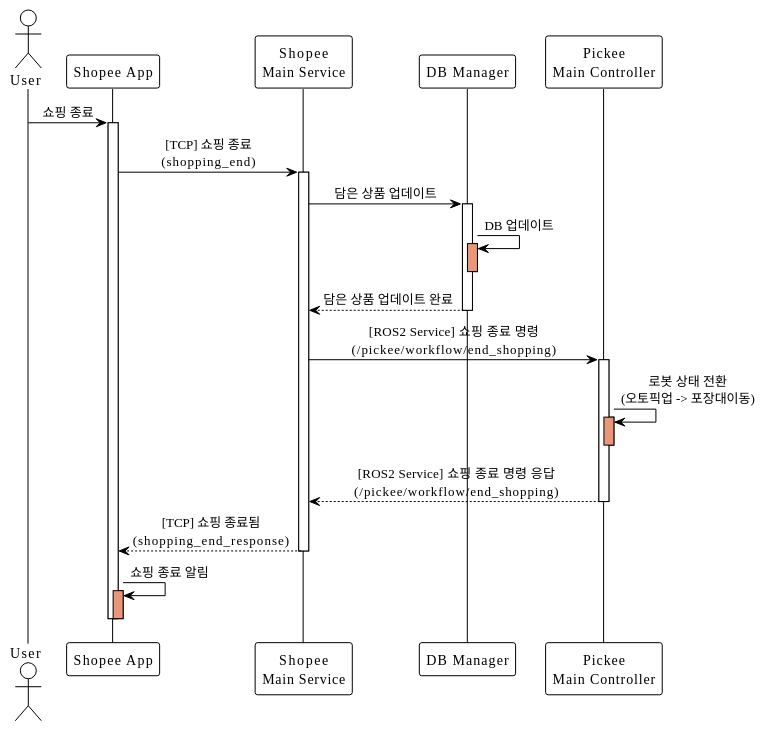
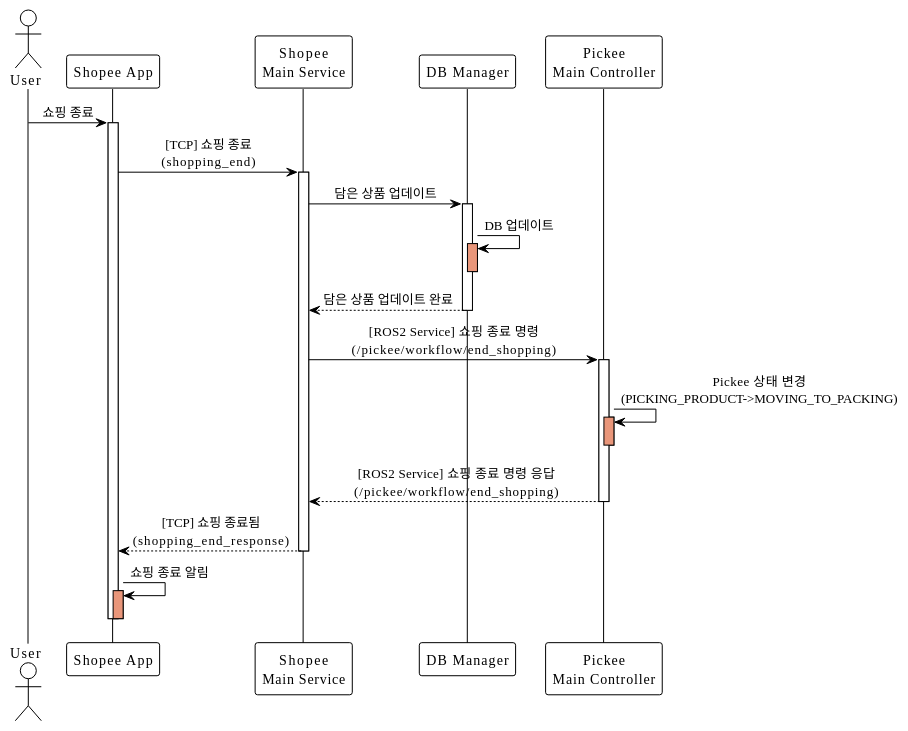
Before and after one commit to addinedu-roscamp-7th/roscamp-repo-1: the diagram in docs/SequenceDiagram/SC_02_5.md, drawn with PlantUML. The commit also changed 18 other files, not shown here.

```diff
--- a/docs/SequenceDiagram/SC_02_5.md
+++ b/docs/SequenceDiagram/SC_02_5.md
@@ -1,47 +1,47 @@
 @startuml SC_02_5
 !theme plain
 skinparam backgroundColor #FFFFFF
 skinparam sequenceMessageAlign center
 
 actor User as user
 participant "Shopee App" as app
 participant "Shopee\nMain Service" as main
 participant "DB Manager" as db
 participant "Pickee\nMain Controller" as pickee
 
 user -> app: 쇼핑 종료
 activate app
 
 app -> main: [TCP] 쇼핑 종료\n(shopping_end)
 activate main
 
 main -> db: 담은 상품 업데이트
 activate db
 
 db -> db: DB 업데이트
 activate db #DarkSalmon
 deactivate db
 
 db --> main: 담은 상품 업데이트 완료
 deactivate db
 
 main -> pickee: [ROS2 Service] 쇼핑 종료 명령\n(/pickee/workflow/end_shopping)
 activate pickee
 
-pickee -> pickee: 로봇 상태 전환\n(오토픽업 -> 포장대이동)
+pickee -> pickee: Pickee 상태 변경\n(PICKING_PRODUCT->MOVING_TO_PACKING)
 activate pickee #DarkSalmon
 deactivate pickee
 
 pickee --> main: [ROS2 Service] 쇼핑 종료 명령 응답\n(/pickee/workflow/end_shopping)
 deactivate pickee
 
 main --> app: [TCP] 쇼핑 종료됨\n(shopping_end_response)
 deactivate main
 
 app -> app: 쇼핑 종료 알림
 activate app #DarkSalmon
 deactivate app
 
 deactivate app
 
 @enduml
```
